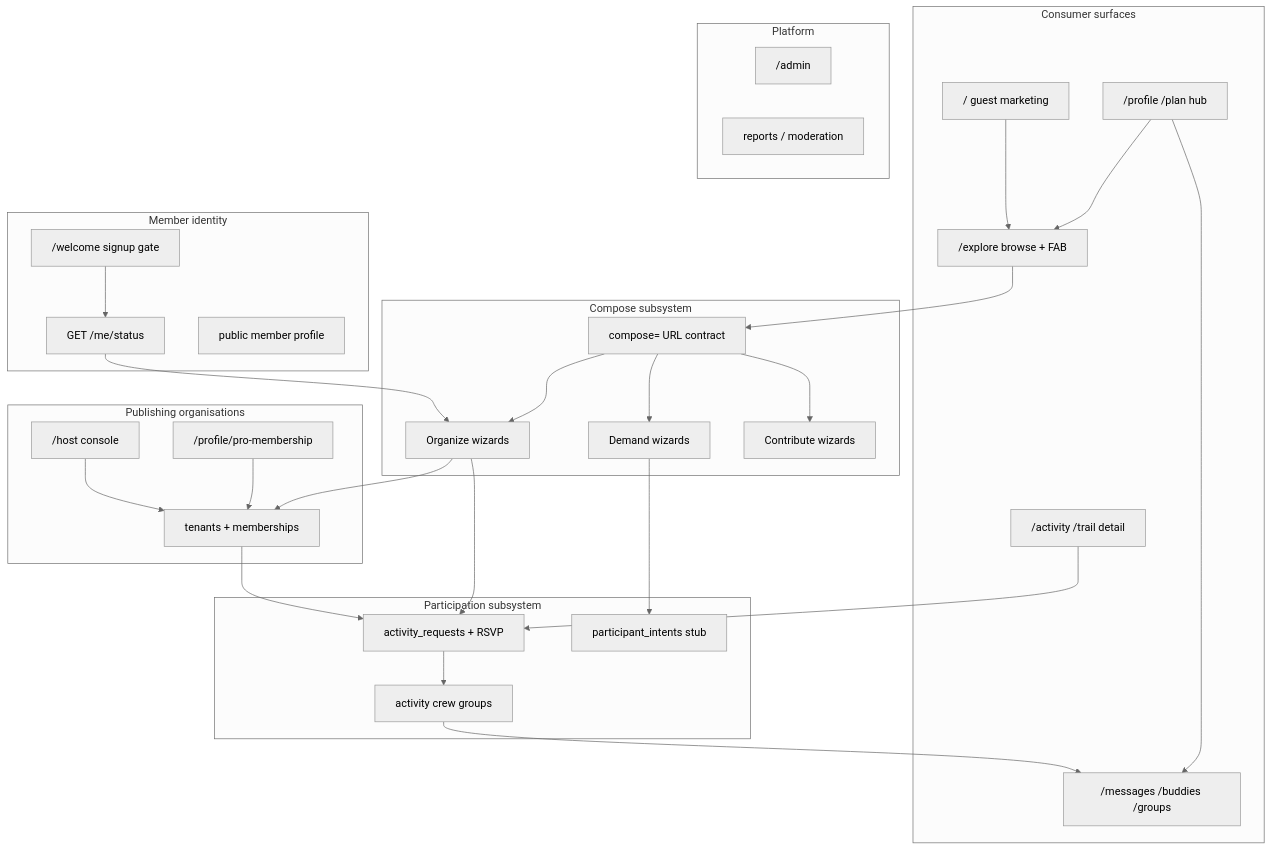
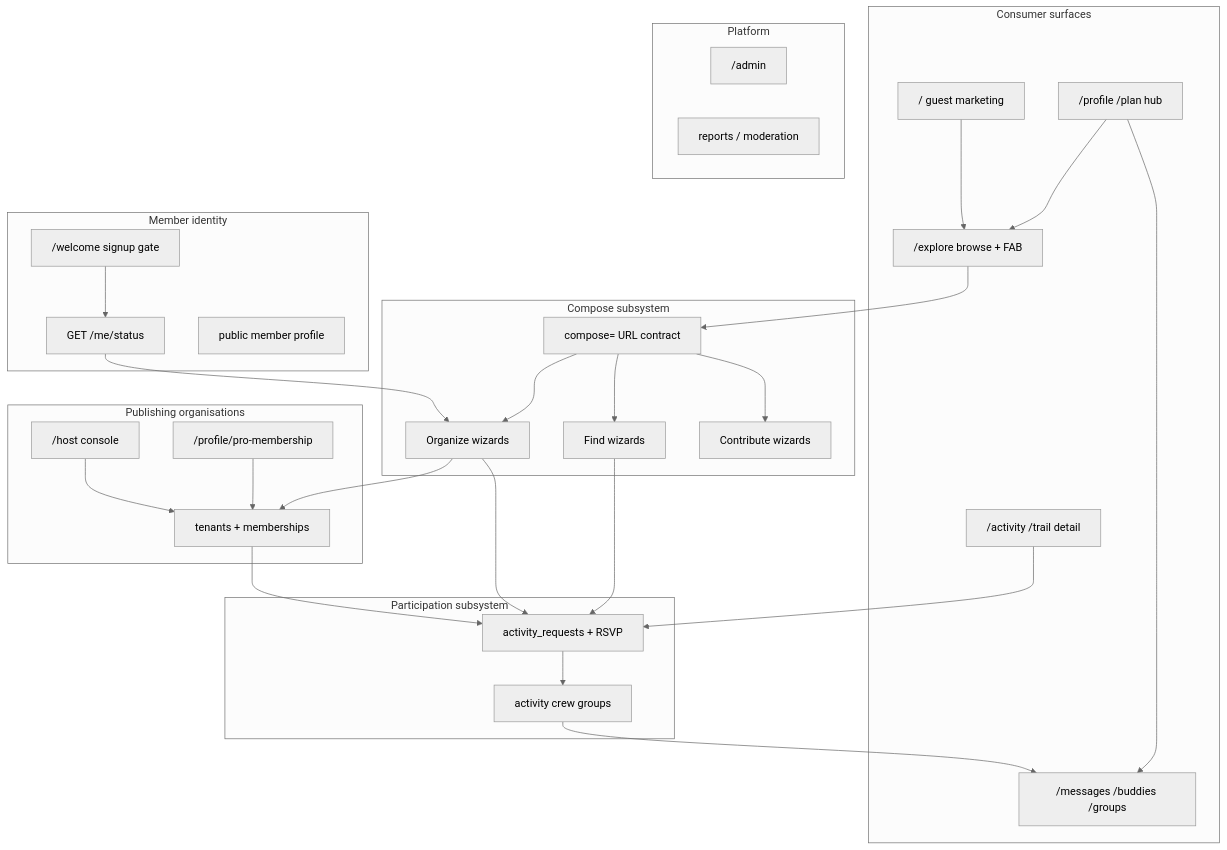
One commit to rajpurchasync/UAEtrail changed the first of 2 diagrams in docs/SYSTEM_COHERENCE.md. Above: the diagram before and after it, drawn with Mermaid (neutral theme). The commit also changed other lines of this file and 234 other files, not shown here.

````diff
--- a/docs/SYSTEM_COHERENCE.md
+++ b/docs/SYSTEM_COHERENCE.md
@@ -29,59 +29,58 @@
 ```mermaid
 flowchart TB
   subgraph surfaces [Consumer surfaces]
     M["/ guest marketing"]
     E["/explore browse + FAB"]
     P["/profile /plan hub"]
     D["/activity /trail detail"]
     MSG["/messages /buddies /groups"]
   end
 
   subgraph compose [Compose subsystem]
     FAB["compose= URL contract"]
     ORG["Organize wizards"]
-    FIND["Demand wizards"]
+    FIND["Find wizards"]
     ADD["Contribute wizards"]
   end
 
   subgraph participation [Participation subsystem]
     JOIN["activity_requests + RSVP"]
-    INTENT["participant_intents stub"]
     CREW["activity crew groups"]
   end
 
   subgraph identity [Member identity]
     WEL["/welcome signup gate"]
     HS["GET /me/status"]
     PUB["public member profile"]
   end
 
   subgraph publishing [Publishing organisations]
     TEN["tenants + memberships"]
     HOST["/host console"]
     PRO["/profile/pro-membership"]
   end
 
   subgraph platform [Platform]
     ADM["/admin"]
     MOD["reports / moderation"]
   end
 
   M --> E
   E --> FAB
   FAB --> ORG
   FAB --> FIND
   FAB --> ADD
   ORG --> TEN
   ORG --> JOIN
-  FIND --> INTENT
+  FIND --> JOIN
   D --> JOIN
   JOIN --> CREW
   CREW --> MSG
   WEL --> HS
   HS --> ORG
   PRO --> TEN
   HOST --> TEN
   TEN --> JOIN
   P --> E
   P --> MSG
 ```
````
